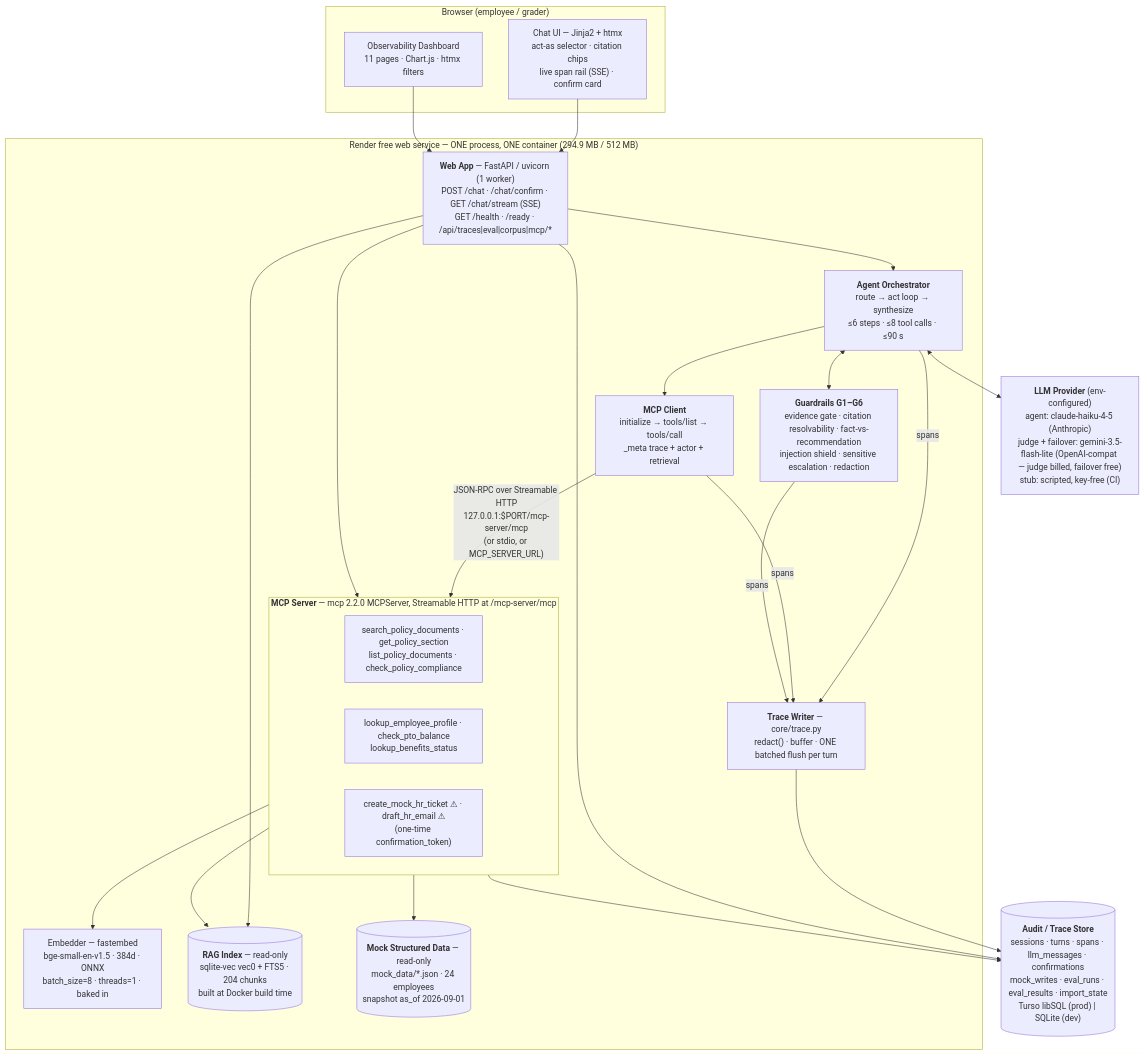
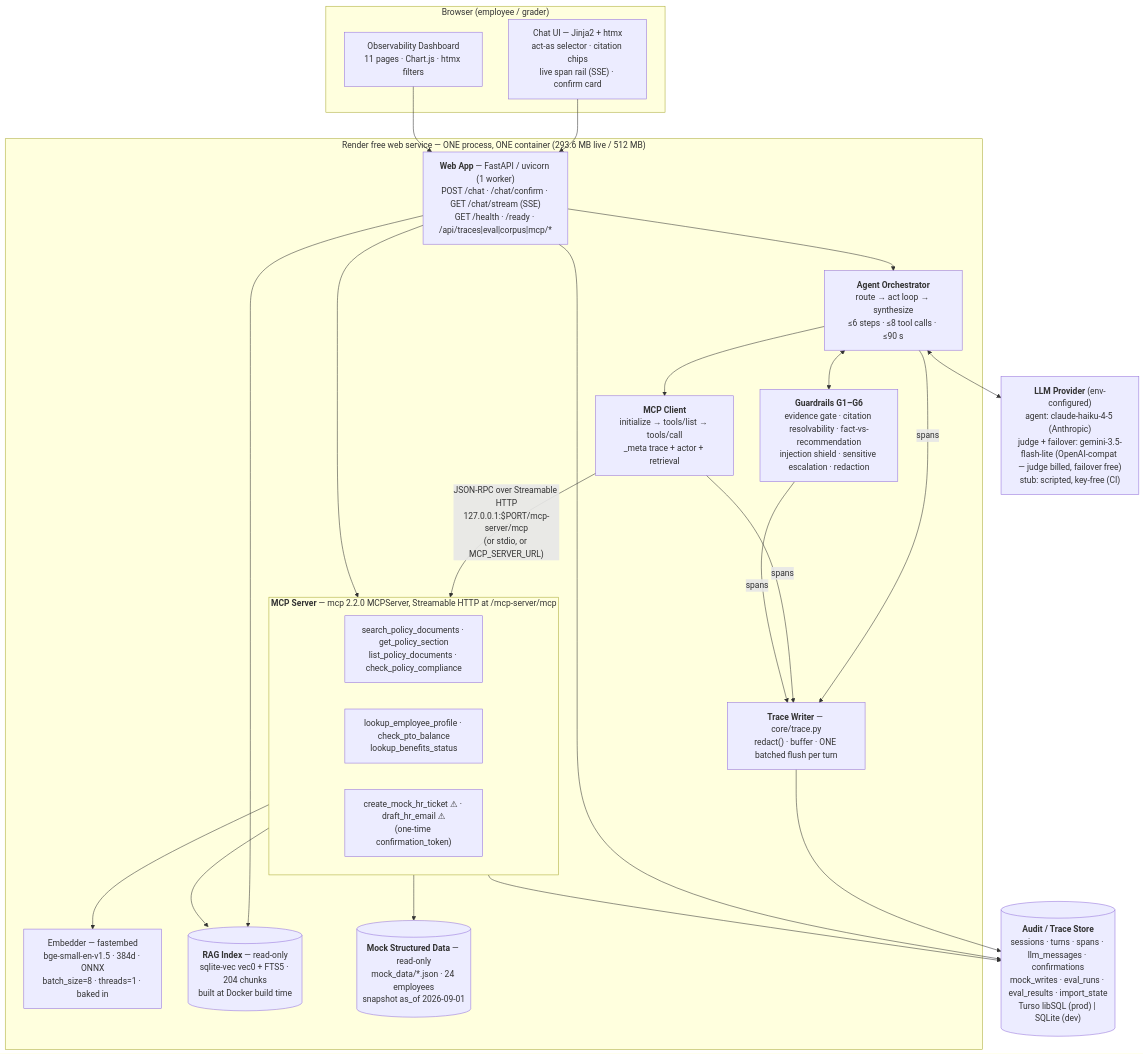
One commit to seantmalone/quantic-mosaic changed the diagram in design-and-evaluation.md. Above: the diagram before and after it, drawn with Mermaid. The commit also changed other lines of this file and 7 other files, not shown here.

````diff
--- a/design-and-evaluation.md
+++ b/design-and-evaluation.md
@@ -36,37 +36,37 @@
 ```mermaid
 flowchart TB
     subgraph browser["Browser (employee / grader)"]
         UI["Chat UI — Jinja2 + htmx<br/>act-as selector · citation chips<br/>live span rail (SSE) · confirm card"]
         DASH["Observability Dashboard<br/>11 pages · Chart.js · htmx filters"]
     end
-    subgraph render["Render free web service — ONE process, ONE container (294.9 MB / 512 MB)"]
+    subgraph render["Render free web service — ONE process, ONE container (293.6 MB live / 512 MB)"]
         WEB["<b>Web App</b> — FastAPI / uvicorn (1 worker)<br/>POST /chat · /chat/confirm · GET /chat/stream (SSE)<br/>GET /health · /ready · /api/traces|eval|corpus|mcp/*"]
         ORCH["<b>Agent Orchestrator</b><br/>route → act loop → synthesize<br/>≤6 steps · ≤8 tool calls · ≤90 s"]
         GUARD["<b>Guardrails G1–G6</b><br/>evidence gate · citation resolvability · fact-vs-recommendation<br/>injection shield · sensitive escalation · redaction"]
         MCPC["<b>MCP Client</b><br/>initialize → tools/list → tools/call<br/>_meta trace + actor + retrieval"]
         subgraph mcps["<b>MCP Server</b> — mcp 2.2.0 MCPServer, Streamable HTTP at /mcp-server/mcp"]
             direction LR
             T1["search_policy_documents · get_policy_section<br/>list_policy_documents · check_policy_compliance"]
             T2["lookup_employee_profile · check_pto_balance<br/>lookup_benefits_status"]
             T3["create_mock_hr_ticket ⚠ · draft_hr_email ⚠<br/>(one-time confirmation_token)"]
         end
         EMB["Embedder — fastembed<br/>bge-small-en-v1.5 · 384d · ONNX<br/>batch_size=8 · threads=1 · baked in"]
         RAGIDX[("<b>RAG Index</b> — read-only<br/>sqlite-vec vec0 + FTS5 · 204 chunks<br/>built at Docker build time")]
         MOCK[("<b>Mock Structured Data</b> — read-only<br/>mock_data/*.json · 24 employees<br/>snapshot as_of 2026-09-01")]
         TRACE["<b>Trace Writer</b> — core/trace.py<br/>redact() · buffer · ONE batched flush per turn"]
     end
     STORE[("<b>Audit / Trace Store</b><br/>sessions · turns · spans · llm_messages · confirmations<br/>mock_writes · eval_runs · eval_results · import_state<br/>Turso libSQL (prod) | SQLite (dev)")]
     LLM["<b>LLM Provider</b> (env-configured)<br/>agent: claude-haiku-4-5 (Anthropic)<br/>judge + failover: gemini-3.5-flash-lite (OpenAI-compat — judge billed, failover free)<br/>stub: scripted, key-free (CI)"]
     UI & DASH --> WEB
     WEB --> ORCH
     ORCH <--> GUARD
     ORCH --> MCPC
     MCPC -- "JSON-RPC over Streamable HTTP<br/>127.0.0.1:$PORT/mcp-server/mcp<br/>(or stdio, or MCP_SERVER_URL)" --> mcps
     T1 --> RAGIDX & EMB
     T2 --> MOCK
     T3 --> STORE
     ORCH <--> LLM
     ORCH & MCPC & GUARD -- spans --> TRACE
     TRACE --> STORE
     WEB --> STORE & mcps & RAGIDX
 ```
````
